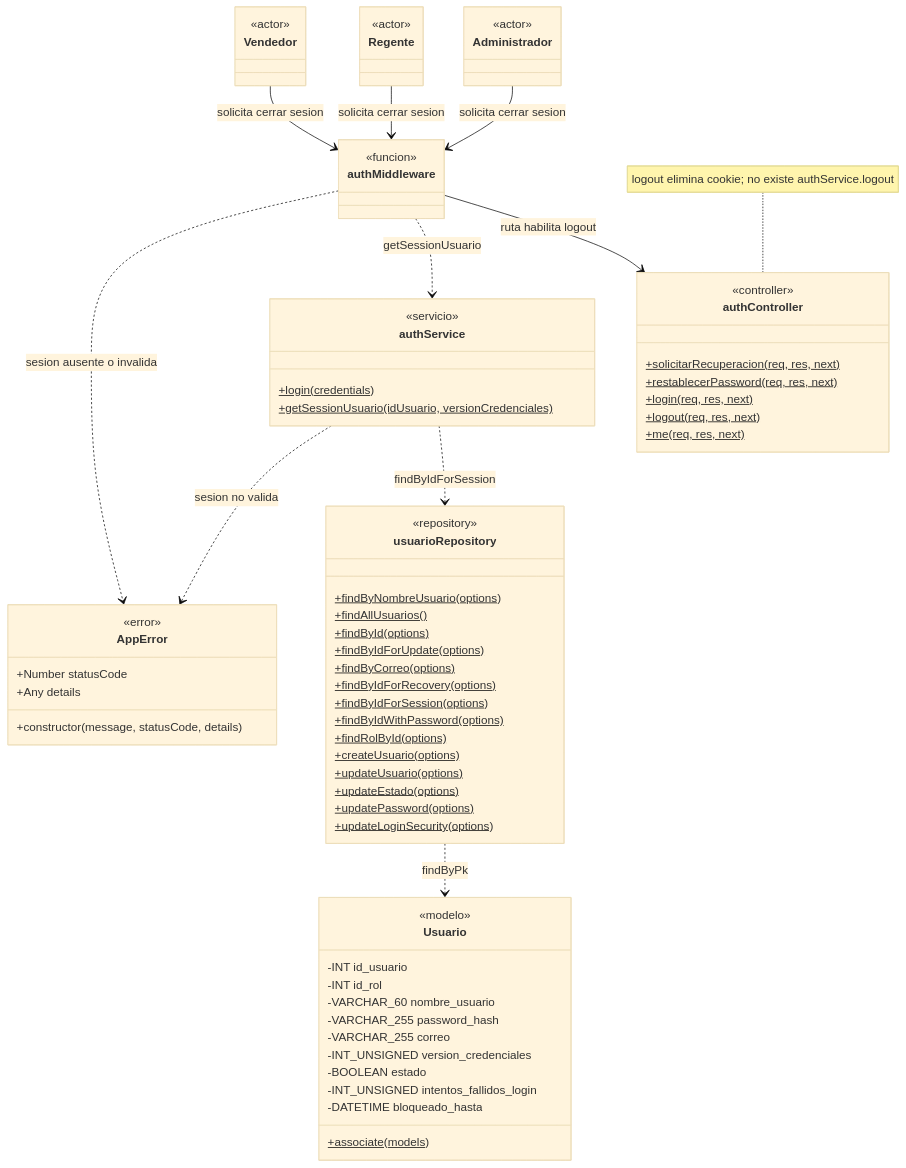
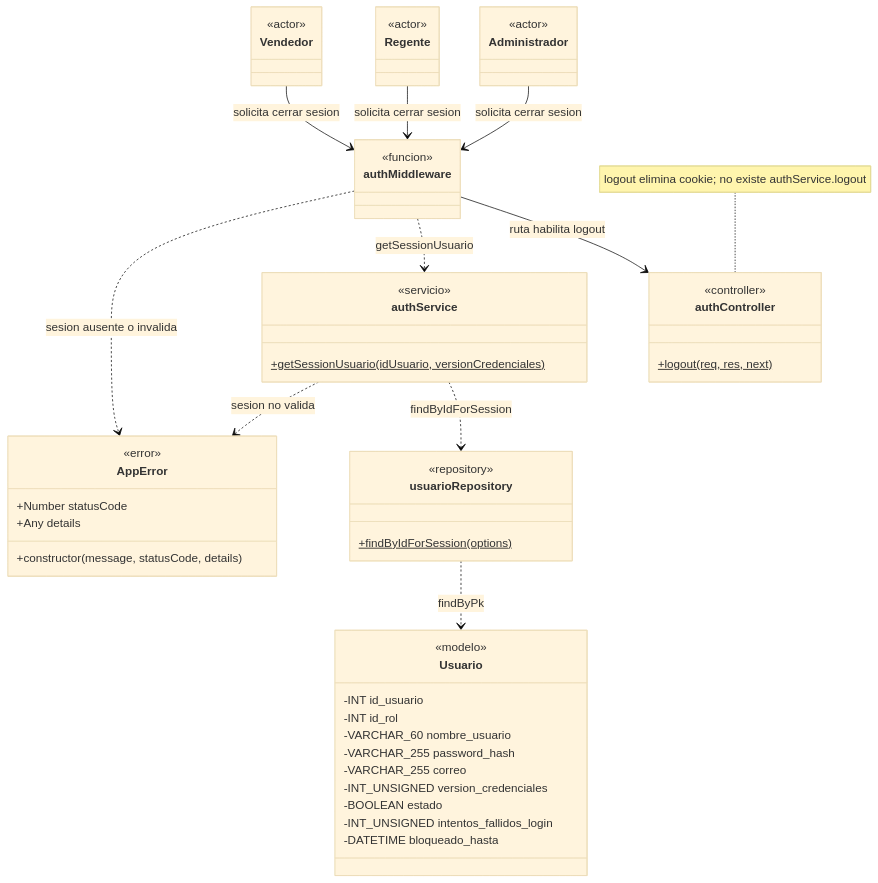
Before and after one commit to CreepyBowDev/cadefar-inventory-system: the second of 34 diagrams in docs/ai/analisis-clase.md, drawn with Mermaid (base theme). The commit also changed other lines of this file, not shown here.

````diff
--- a/docs/ai/analisis-clase.md
+++ b/docs/ai/analisis-clase.md
@@ -238,66 +316,47 @@
 ```mermaid
 classDiagram
     class Administrador { <<actor>> }
     class Regente { <<actor>> }
     class Vendedor { <<actor>> }
     class authMiddleware { <<funcion>> }
     class authController {
         <<controller>>
-        +solicitarRecuperacion(req, res, next)$
-        +restablecerPassword(req, res, next)$
-        +login(req, res, next)$
         +logout(req, res, next)$
-        +me(req, res, next)$
     }
     class authService {
         <<servicio>>
-        +login(credentials)$
         +getSessionUsuario(idUsuario, versionCredenciales)$
     }
     class usuarioRepository {
         <<repository>>
-        +findByNombreUsuario(options)$
-        +findAllUsuarios()$
-        +findById(options)$
-        +findByIdForUpdate(options)$
-        +findByCorreo(options)$
-        +findByIdForRecovery(options)$
         +findByIdForSession(options)$
-        +findByIdWithPassword(options)$
-        +findRolById(options)$
-        +createUsuario(options)$
-        +updateUsuario(options)$
-        +updateEstado(options)$
-        +updatePassword(options)$
-        +updateLoginSecurity(options)$
     }
     class Usuario {
         <<modelo>>
         -INT id_usuario
         -INT id_rol
         -VARCHAR_60 nombre_usuario
         -VARCHAR_255 password_hash
         -VARCHAR_255 correo
         -INT_UNSIGNED version_credenciales
         -BOOLEAN estado
         -INT_UNSIGNED intentos_fallidos_login
         -DATETIME bloqueado_hasta
-        +associate(models)$
     }
     class AppError {
         <<error>>
         +Number statusCode
         +Any details
         +constructor(message, statusCode, details)
     }
     Administrador --> authMiddleware : solicita cerrar sesion
     Regente --> authMiddleware : solicita cerrar sesion
     Vendedor --> authMiddleware : solicita cerrar sesion
     authMiddleware --> authController : ruta habilita logout
     authMiddleware ..> authService : getSessionUsuario
     authMiddleware ..> AppError : sesion ausente o invalida
     authService ..> usuarioRepository : findByIdForSession
     authService ..> AppError : sesion no valida
     usuarioRepository ..> Usuario : findByPk
     note for authController "logout elimina cookie; no existe authService.logout"
 ```
````
